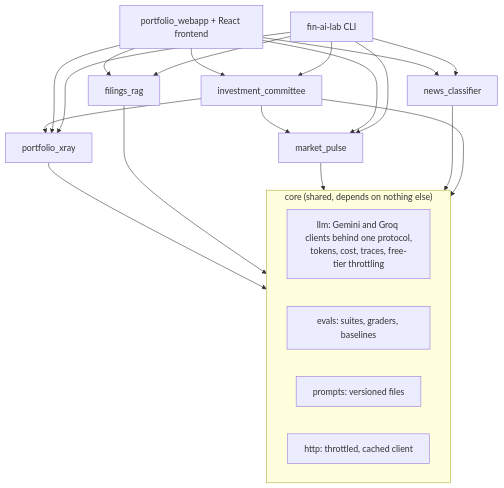
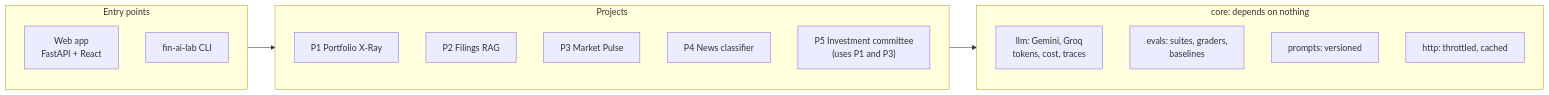
Before and after one commit to devTomaszStoklosa/fin-ai-lab: the diagram in README.md, drawn with Mermaid. The commit also changed other lines of this file, not shown here.

Commit message:
docs: add README badges and a clearer architecture diagram (#19)
## What and why

GitHub shrank the old architecture diagram into a 180 px strip of
crossing lines (eleven arrows from two entry points to five projects).
The README is the first thing a reviewer sees, so:

- **Diagram:** three columns (entry points, projects, core) with two
arrows; "P5 uses P1 and P3" is a note on its node instead of two more
arrows.
- **Badges:** CI (#11), license (#12), Python 3.12.
- **License section** at the end, pointing to `LICENSE`.

Merge after #17 (LICENSE) and #18 (CI): the license link and the CI
badge point to files those PRs add.

## How it was checked

Viewed the rendered README on this branch on GitHub at 1280 px: the
diagram renders as three readable columns (823 × 317 px instead of the
old strip).

## Manual check

Look at the README on `main` after the merge; the CI badge turns green
once the workflow from #18 has run on `main`.

Closes #13

🤖 Generated with [Claude Code](https://claude.com/claude-code)

````diff
--- a/README.md
+++ b/README.md
@@ -21,18 +25,24 @@
 ```mermaid
-flowchart TB
-  subgraph core["core (shared, depends on nothing else)"]
-    llm["llm: Gemini and Groq clients behind one protocol,<br/>tokens, cost, traces, free-tier throttling"]
-    evals["evals: suites, graders, baselines"]
-    prompts["prompts: versioned files"]
-    http["http: throttled, cached client"]
+flowchart LR
+  subgraph entry["Entry points"]
+    direction TB
+    web["Web app<br/>FastAPI + React"]
+    cli["fin-ai-lab CLI"]
   end
-  P1[portfolio_xray] --> core
-  P2[filings_rag] --> core
-  P3[market_pulse] --> core
-  P4[news_classifier] --> core
-  P5[investment_committee] --> core
-  P5 --> P1
-  P5 --> P3
-  web[portfolio_webapp + React frontend] --> P1 & P2 & P3 & P4 & P5
-  cli[fin-ai-lab CLI] --> P1 & P2 & P3 & P4 & P5
+  subgraph projects["Projects"]
+    direction TB
+    P1["P1 Portfolio X-Ray"]
+    P2["P2 Filings RAG"]
+    P3["P3 Market Pulse"]
+    P4["P4 News classifier"]
+    P5["P5 Investment committee<br/>(uses P1 and P3)"]
+  end
+  subgraph core["core: depends on nothing"]
+    direction TB
+    llm["llm: Gemini, Groq<br/>tokens, cost, traces"]
+    evals["evals: suites, graders,<br/>baselines"]
+    prompts["prompts: versioned"]
+    http["http: throttled, cached"]
+  end
+  entry --> projects --> core
 ```
````
